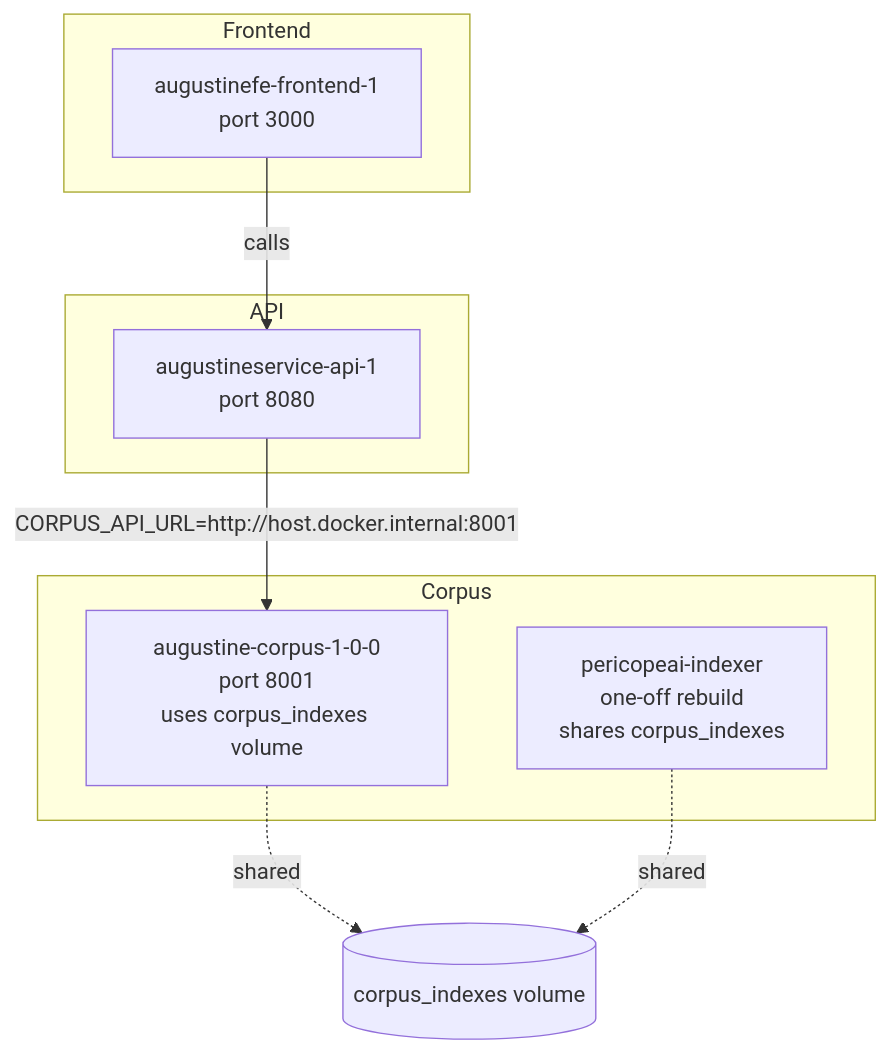
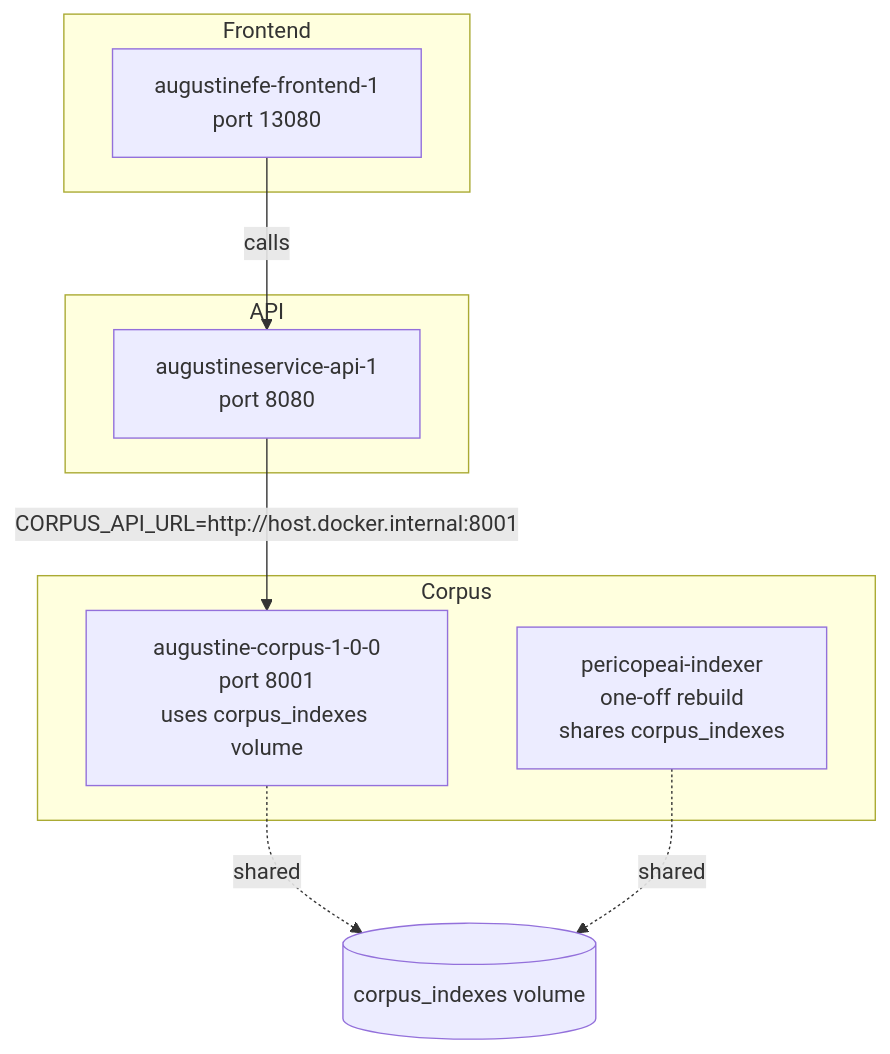
The diagram in docs/ARCHITECTURE.mmd (benlagrone/fortress-phronesis), drawn with Mermaid before and after one commit. The commit also changed 31 other files, not shown here.

```diff
--- a/docs/ARCHITECTURE.mmd
+++ b/docs/ARCHITECTURE.mmd
@@ -1,19 +1,19 @@
 graph TD
   subgraph Corpus
     C1["augustine-corpus-1-0-0<br/>port 8001<br/>uses corpus_indexes volume"]
     I1["pericopeai-indexer<br/>one-off rebuild<br/>shares corpus_indexes"]
   end
 
   subgraph API
     A1["augustineservice-api-1<br/>port 8080"]
   end
 
   subgraph Frontend
-    F1["augustinefe-frontend-1<br/>port 3000"]
+    F1["augustinefe-frontend-1<br/>port 13080"]
   end
 
   C1 -. shared .-> V1[(corpus_indexes volume)]
   I1 -. shared .-> V1
 
   F1 -->|calls| A1
   A1 -->|CORPUS_API_URL=http://host.docker.internal:8001| C1
```
